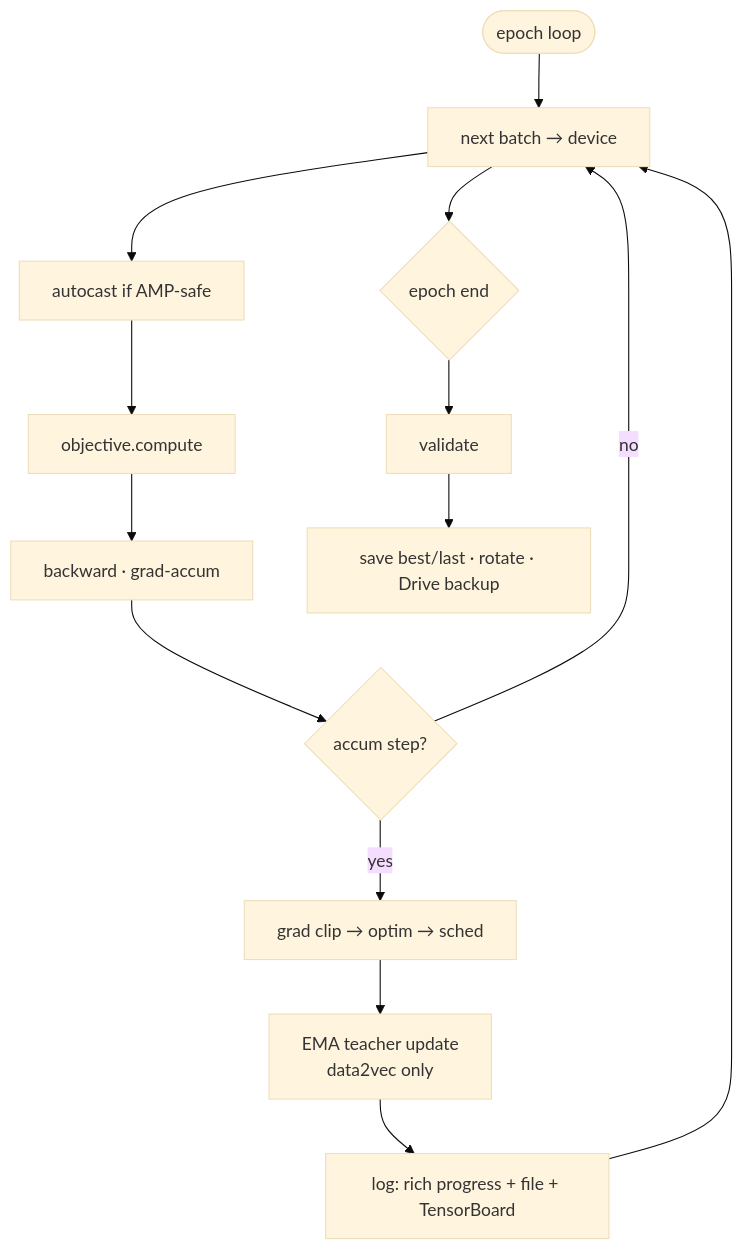
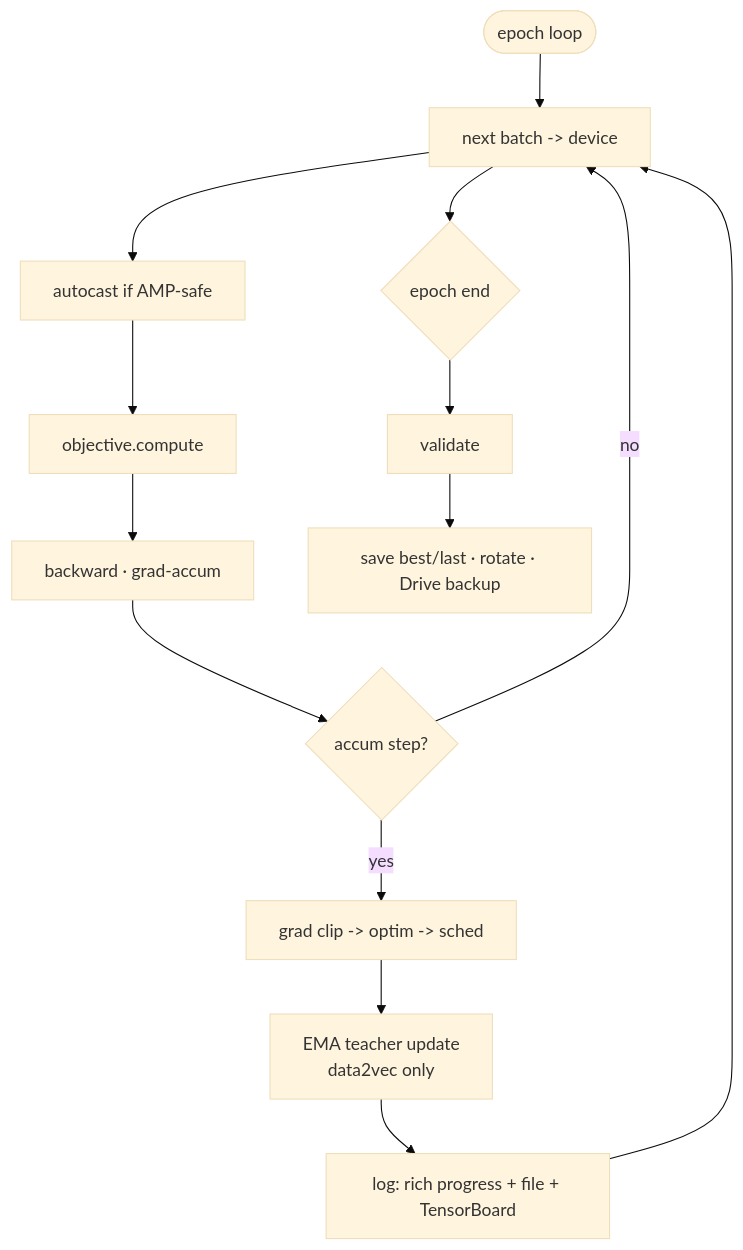
One commit to victor-iyi/zte changed the diagram in docs/TRAINING.md. Above: the diagram before and after it, drawn with Mermaid (base theme). The commit also changed other lines of this file and 19 other files, not shown here.

````diff
--- a/docs/TRAINING.md
+++ b/docs/TRAINING.md
@@ -140,16 +140,16 @@
 ```mermaid
 flowchart TD
-    start([epoch loop]) --> batch[next batch → device]
+    start([epoch loop]) --> batch[next batch -> device]
     batch --> ac[autocast if AMP-safe]
     ac --> loss[objective.compute]
     loss --> bw[backward · grad-accum]
     bw --> step{accum step?}
     step -->|no| batch
-    step -->|yes| clip[grad clip → optim → sched]
+    step -->|yes| clip[grad clip -> optim -> sched]
     clip --> ema[EMA teacher update<br/>data2vec only]
     ema --> log[log: rich progress + file + TensorBoard]
     log --> batch
     batch --> ee{epoch end}
     ee --> val[validate]
     val --> ckpt[save best/last · rotate · Drive backup]
 ```
````
